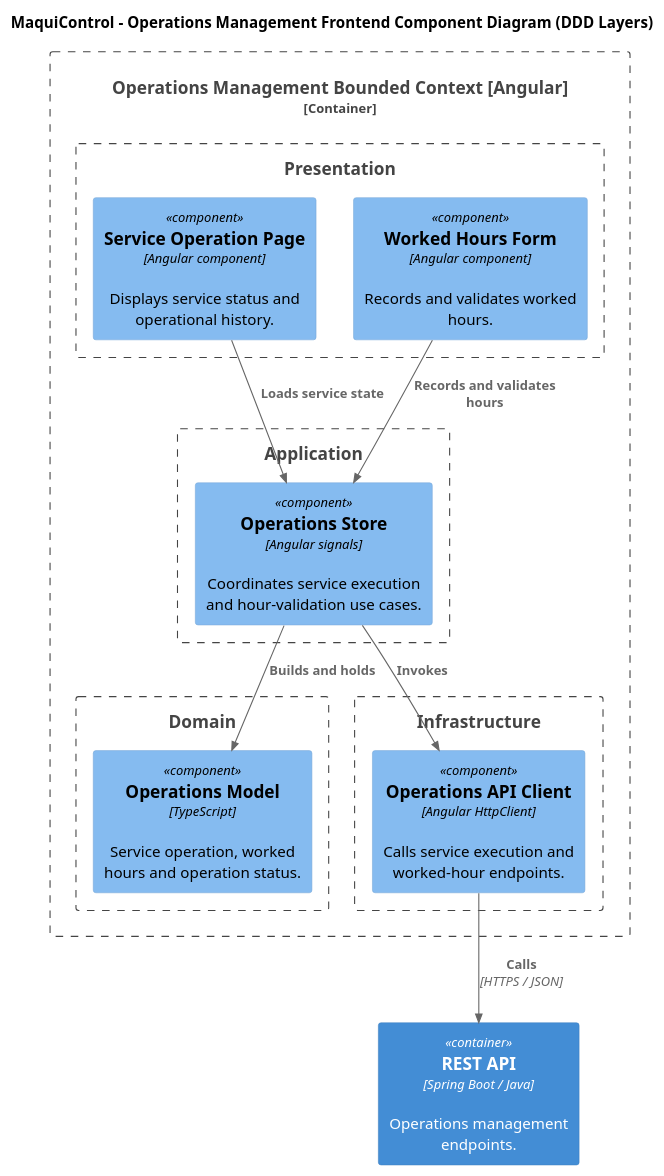
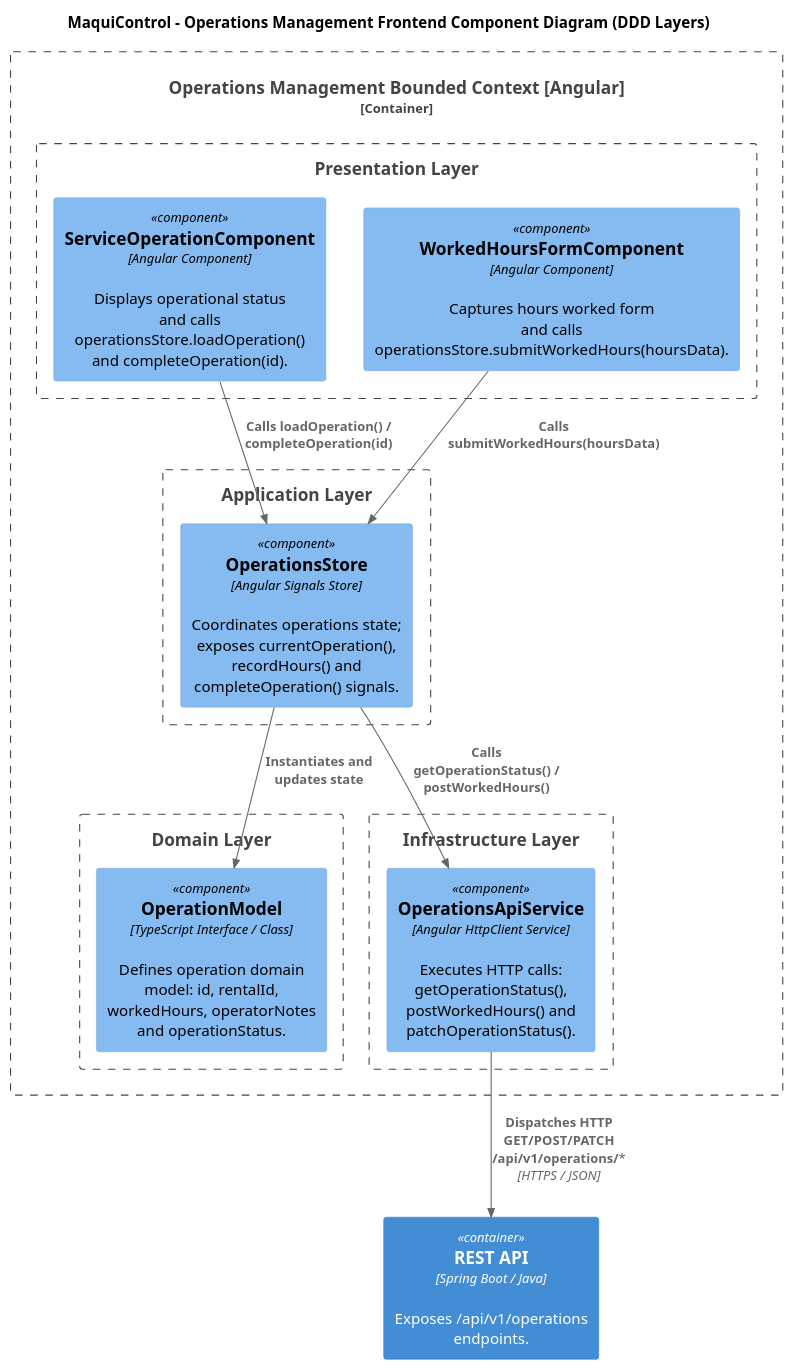
Before and after one commit to AndesHeavyTech/MaquiControl: the diagram in docs/architecture/components/operations-frontend-components.puml, drawn with PlantUML. The commit also changed 31 other files, not shown here.

Commit message:
docs(diagrams): update component descriptions and API endpoint details across multiple diagrams

```diff
--- a/docs/architecture/components/operations-frontend-components.puml
+++ b/docs/architecture/components/operations-frontend-components.puml
@@ -1,30 +1,30 @@
 @startuml
 !include <C4/C4_Component>
 
 title MaquiControl - Operations Management Frontend Component Diagram (DDD Layers)
 
 Container_Boundary(operations, "Operations Management Bounded Context [Angular]") {
-    Boundary(presentation, "Presentation") {
-        Component(operationPage, "Service Operation Page", "Angular component", "Displays service status and operational history.")
-        Component(hoursForm, "Worked Hours Form", "Angular component", "Records and validates worked hours.")
+    Boundary(presentation, "Presentation Layer") {
+        Component(serviceOperationComponent, "ServiceOperationComponent", "Angular Component", "Displays operational status and calls operationsStore.loadOperation() and completeOperation(id).")
+        Component(workedHoursFormComponent, "WorkedHoursFormComponent", "Angular Component", "Captures hours worked form and calls operationsStore.submitWorkedHours(hoursData).")
     }
-    Boundary(application, "Application") {
-        Component(operationStore, "Operations Store", "Angular signals", "Coordinates service execution and hour-validation use cases.")
+    Boundary(application, "Application Layer") {
+        Component(operationsStore, "OperationsStore", "Angular Signals Store", "Coordinates operations state; exposes currentOperation(), recordHours() and completeOperation() signals.")
     }
-    Boundary(domain, "Domain") {
-        Component(operationModel, "Operations Model", "TypeScript", "Service operation, worked hours and operation status.")
+    Boundary(domain, "Domain Layer") {
+        Component(operationModel, "OperationModel", "TypeScript Interface / Class", "Defines operation domain model: id, rentalId, workedHours, operatorNotes and operationStatus.")
     }
-    Boundary(infrastructure, "Infrastructure") {
-        Component(operationApi, "Operations API Client", "Angular HttpClient", "Calls service execution and worked-hour endpoints.")
+    Boundary(infrastructure, "Infrastructure Layer") {
+        Component(operationsApiService, "OperationsApiService", "Angular HttpClient Service", "Executes HTTP calls: getOperationStatus(), postWorkedHours() and patchOperationStatus().")
     }
 }
 
-Container(api, "REST API", "Spring Boot / Java", "Operations management endpoints.")
+Container(api, "REST API", "Spring Boot / Java", "Exposes /api/v1/operations endpoints.")
 
-Rel(operationPage, operationStore, "Loads service state")
-Rel(hoursForm, operationStore, "Records and validates hours")
-Rel(operationStore, operationModel, "Builds and holds")
-Rel(operationStore, operationApi, "Invokes")
-Rel(operationApi, api, "Calls", "HTTPS / JSON")
+Rel(serviceOperationComponent, operationsStore, "Calls loadOperation() / completeOperation(id)")
+Rel(workedHoursFormComponent, operationsStore, "Calls submitWorkedHours(hoursData)")
+Rel(operationsStore, operationModel, "Instantiates and updates state")
+Rel(operationsStore, operationsApiService, "Calls getOperationStatus() / postWorkedHours()")
+Rel(operationsApiService, api, "Dispatches HTTP GET/POST/PATCH /api/v1/operations/*", "HTTPS / JSON")
 
 @enduml
```
